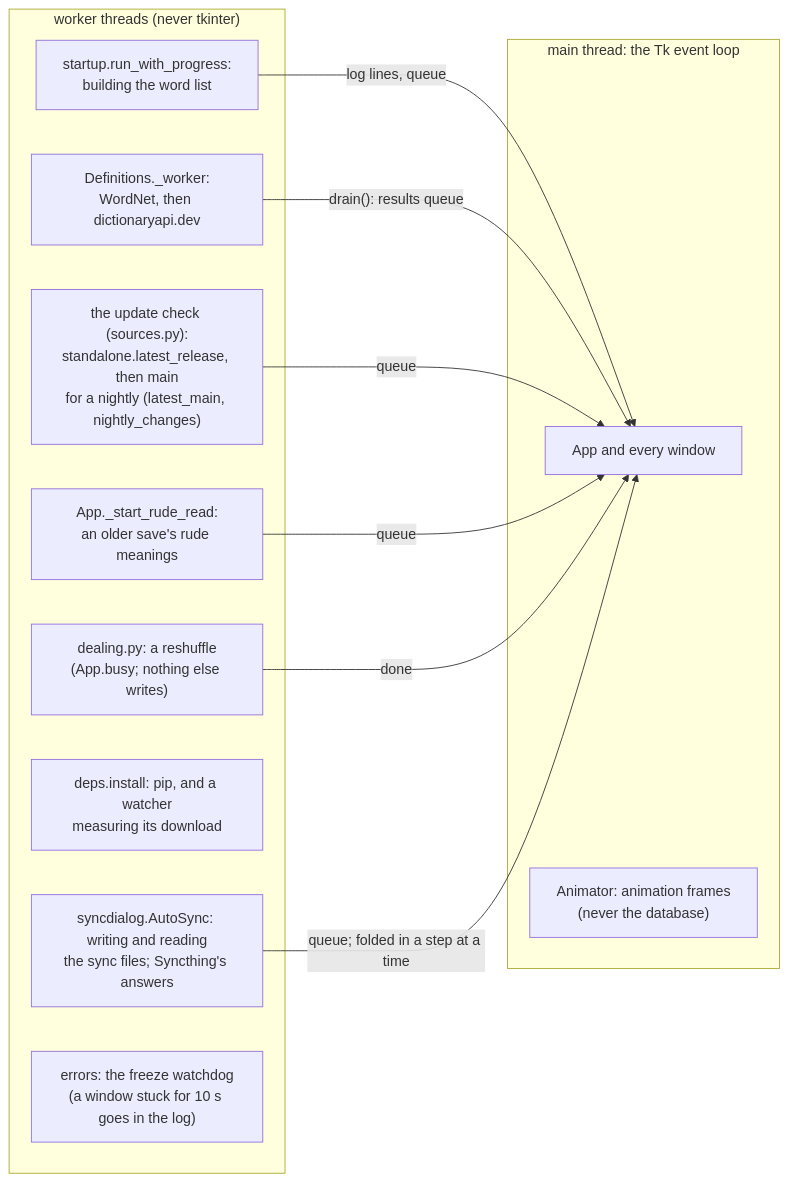
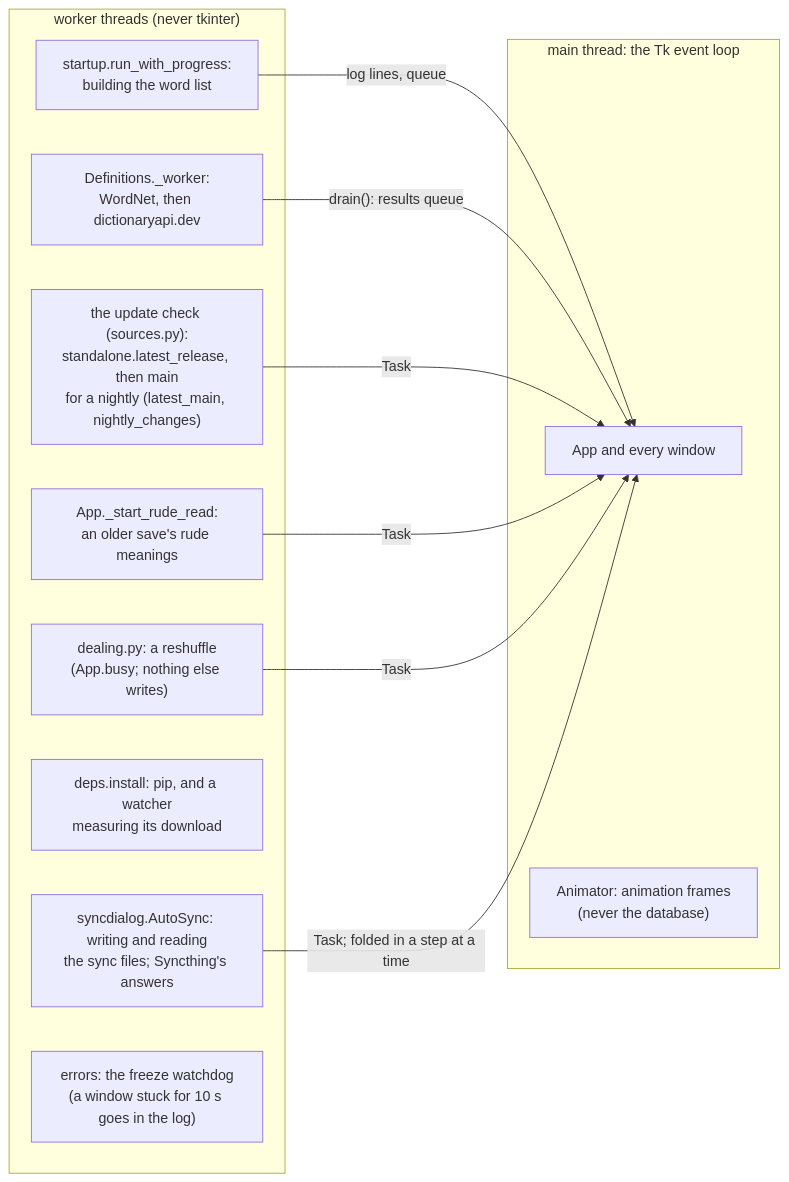
The seventh of 13 diagrams in DEVELOPERS.md (kiva-mccr/Word-Tierlister), drawn with Mermaid before and after one commit. The commit also changed other lines of this file and 18 other files, not shown here.

````diff
--- a/DEVELOPERS.md
+++ b/DEVELOPERS.md
@@ -307,23 +309,23 @@
 ```mermaid
 flowchart LR
     subgraph main["main thread: the Tk event loop"]
         App["App and every window"]
         Anim["Animator: animation frames<br/>(never the database)"]
     end
     subgraph workers["worker threads (never tkinter)"]
         Setup["startup.run_with_progress:<br/>building the word list"]
         Defs["Definitions._worker:<br/>WordNet, then dictionaryapi.dev"]
         Upd["the update check (sources.py):<br/>standalone.latest_release, then main<br/>for a nightly (latest_main, nightly_changes)"]
         RudeRead["App._start_rude_read:<br/>an older save's rude meanings"]
         Deal["dealing.py: a reshuffle<br/>(App.busy; nothing else writes)"]
         Pip["deps.install: pip, and a watcher<br/>measuring its download"]
         Sync["syncdialog.AutoSync: writing and reading<br/>the sync files; Syncthing's answers"]
         Watch["errors: the freeze watchdog<br/>(a window stuck for 10 s goes in the log)"]
     end
     Setup -- "log lines, queue" --> App
     Defs -- "drain(): results queue" --> App
-    Upd -- "queue" --> App
-    RudeRead -- "queue" --> App
-    Deal -- "done" --> App
-    Sync -- "queue; folded in a step at a time" --> App
+    Upd -- "Task" --> App
+    RudeRead -- "Task" --> App
+    Deal -- "Task" --> App
+    Sync -- "Task; folded in a step at a time" --> App
 ```
````
